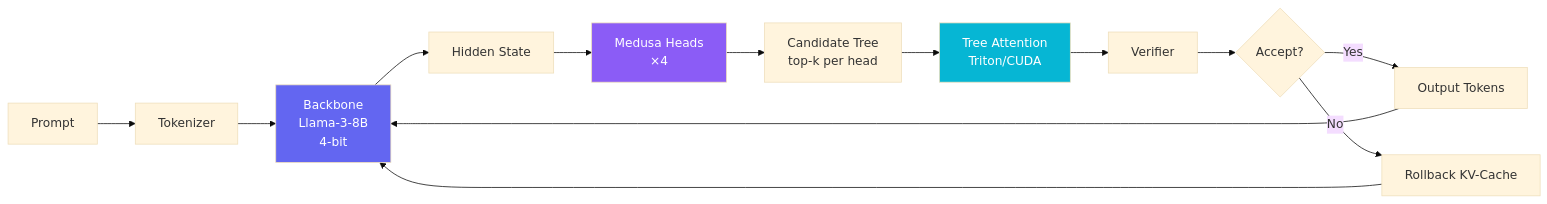
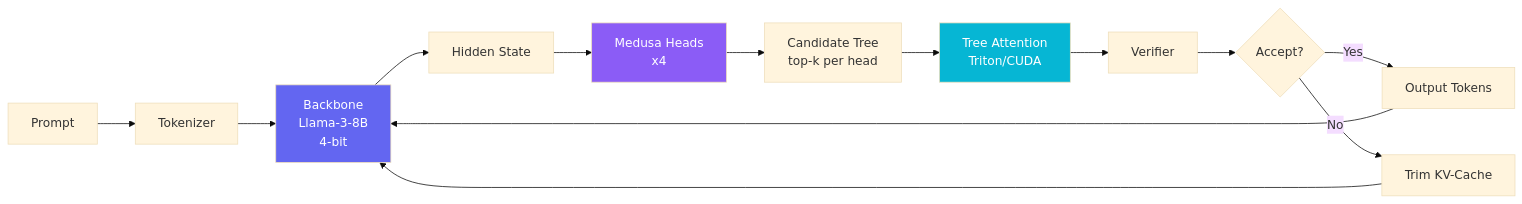
One commit to matteso1/ProjectGorgon changed the first of 2 diagrams in README.md. Above: the diagram before and after it, drawn with Mermaid (base theme). The commit also changed other lines of this file, not shown here.

````diff
--- a/README.md
+++ b/README.md
@@ -27,19 +26,19 @@
 ```mermaid
 flowchart LR
     A[Prompt] --> B[Tokenizer]
     B --> C[Backbone<br/>Llama-3-8B<br/>4-bit]
     C --> D[Hidden State]
-    D --> E[Medusa Heads<br/>×4]
+    D --> E[Medusa Heads<br/>x4]
     E --> F[Candidate Tree<br/>top-k per head]
     F --> G[Tree Attention<br/>Triton/CUDA]
     G --> H[Verifier]
     H --> I{Accept?}
     I -->|Yes| J[Output Tokens]
-    I -->|No| K[Rollback KV-Cache]
+    I -->|No| K[Trim KV-Cache]
     J --> C
     K --> C
 
     style C fill:#6366f1,color:#fff
     style E fill:#8b5cf6,color:#fff
     style G fill:#06b6d4,color:#fff
 ```
````
